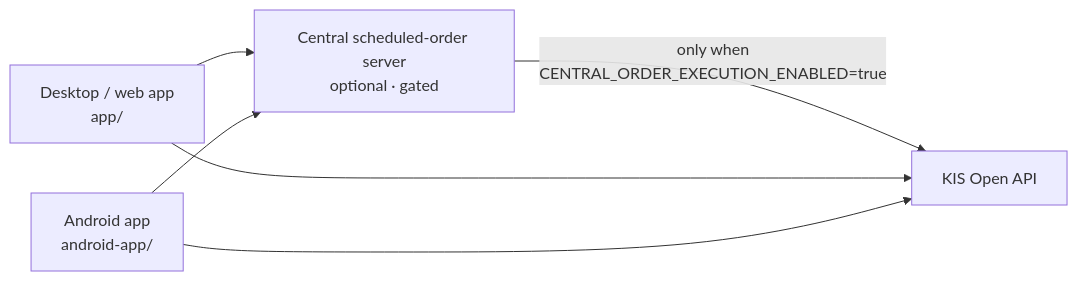
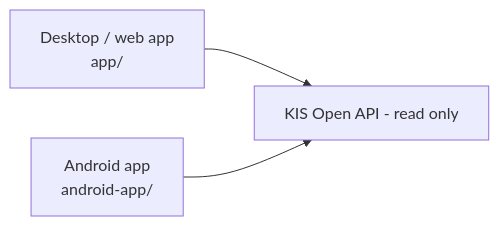
The diagram in README.en.md (ianlyoo/koreainv-dashboard), drawn with Mermaid before and after one commit. The commit also changed other lines of this file and 38 other files, not shown here.

Commit message:
feat: add stock insights and refresh read-only dashboard for v1.9.5

````diff
--- a/README.en.md
+++ b/README.en.md
@@ -17,8 +17,5 @@
 ```mermaid
 flowchart LR
-    A[Desktop / web app<br/>app/] --> C[Central scheduled-order server<br/>optional · gated]
-    B[Android app<br/>android-app/] --> C
-    C -- "only when<br/>CENTRAL_ORDER_EXECUTION_ENABLED=true" --> D[KIS Open API]
-    A --> D
-    B --> D
+    A[Desktop / web app<br/>app/] --> D[KIS Open API - read only]
+    B[Android app<br/>android-app/] --> D
 ```
````
